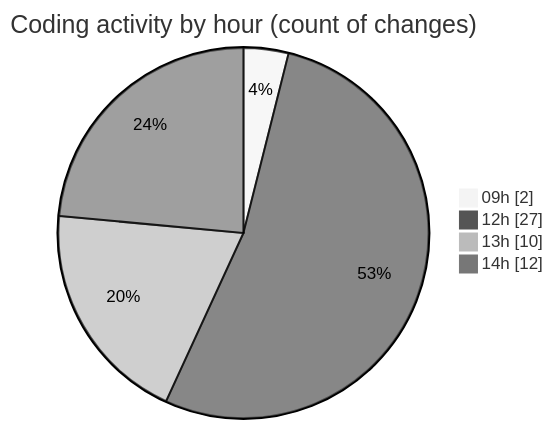
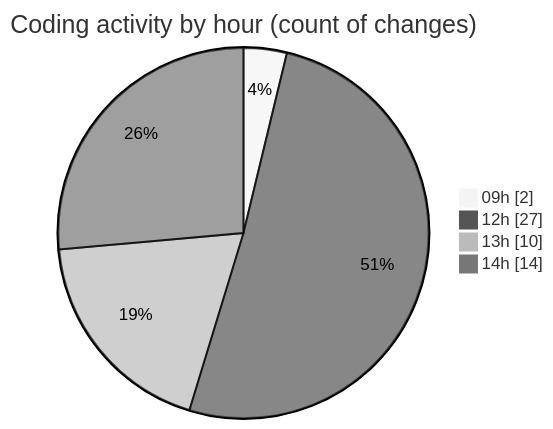
One commit to momahboobian/code-tracking changed the second of 2 diagrams in 2025-11-06/cda/README.md. Above: the diagram before and after it, drawn with Mermaid (neutral theme). The commit also changed other lines of this file and 1 other file, not shown here.

````diff
--- a/2025-11-06/cda/README.md
+++ b/2025-11-06/cda/README.md
@@ -52,8 +53,8 @@
 ```mermaid
 pie showData
 title Coding activity by hour (count of changes)
 "09h" : 2
 "12h" : 27
 "13h" : 10
-"14h" : 12
+"14h" : 14
 ```
````
